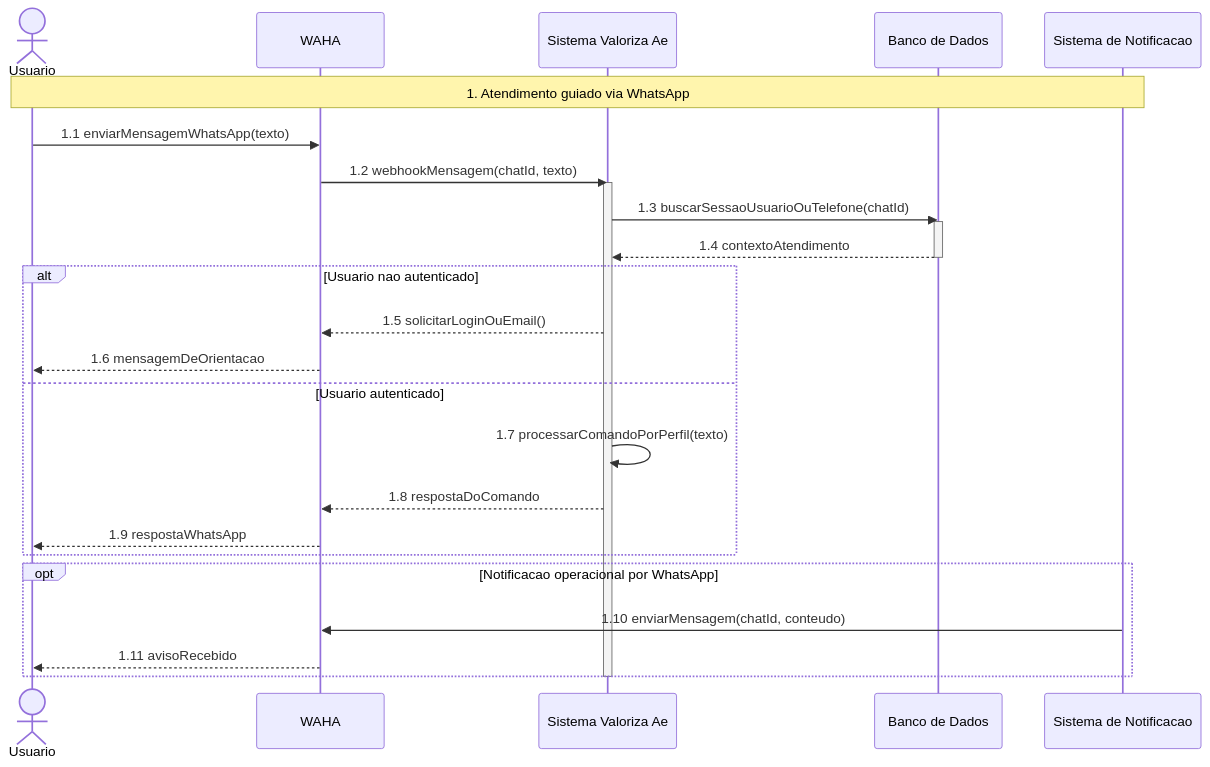
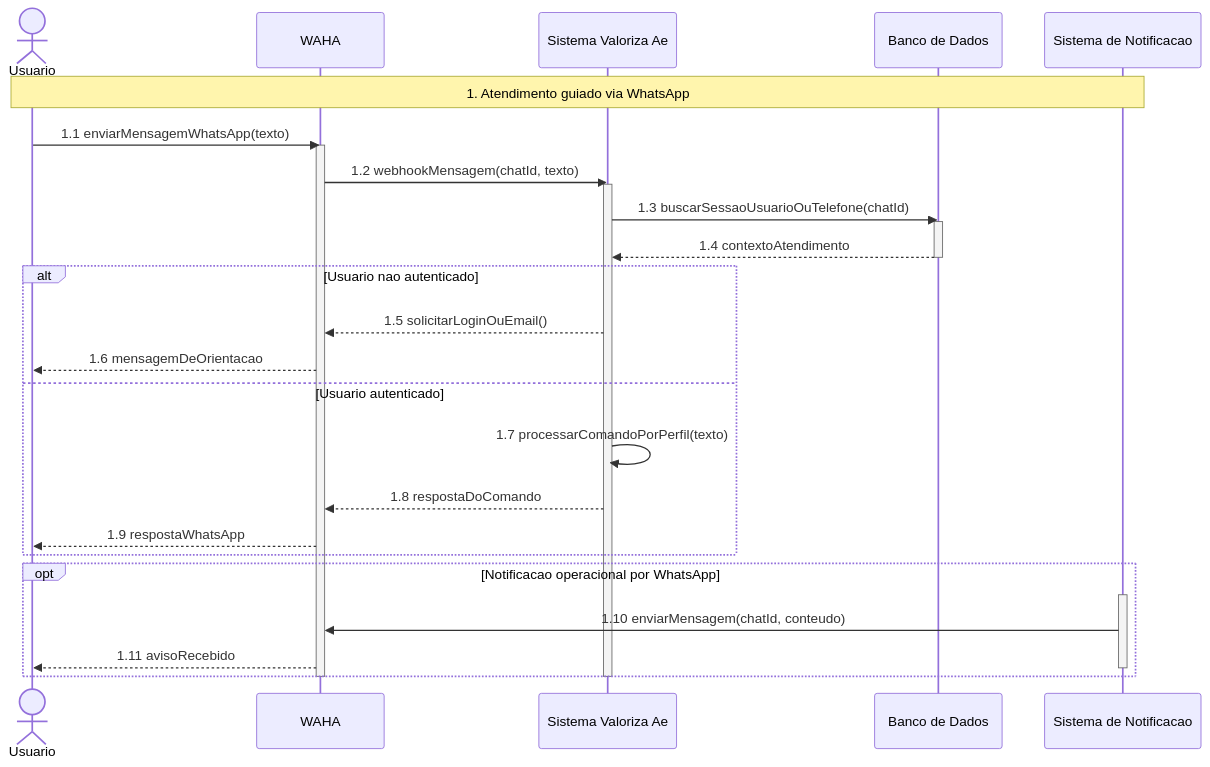
Before and after one commit to Pedroh26ES/Sistema-De-Moedas-Java: the diagram in Artefatos/DiagramaDeSequencia/DiagramaDeSequencia-RF-16-whatsapp-waha.md, drawn with Mermaid. The commit also changed 17 other files, not shown here.

````diff
--- a/Artefatos/DiagramaDeSequencia/DiagramaDeSequencia-RF-16-whatsapp-waha.md
+++ b/Artefatos/DiagramaDeSequencia/DiagramaDeSequencia-RF-16-whatsapp-waha.md
@@ -9,30 +9,34 @@
 ```mermaid
 sequenceDiagram
     actor Usuario
     participant WAHA
     participant Sistema as Sistema Valoriza Ae
     participant DB as Banco de Dados
     participant Notificacao as Sistema de Notificacao
 
     Note over Usuario,Notificacao: 1. Atendimento guiado via WhatsApp
     Usuario->>WAHA: 1.1 enviarMensagemWhatsApp(texto)
+    activate WAHA
     WAHA->>Sistema: 1.2 webhookMensagem(chatId, texto)
     activate Sistema
     Sistema->>DB: 1.3 buscarSessaoUsuarioOuTelefone(chatId)
     activate DB
     DB-->>Sistema: 1.4 contextoAtendimento
     deactivate DB
     alt Usuario nao autenticado
         Sistema-->>WAHA: 1.5 solicitarLoginOuEmail()
         WAHA-->>Usuario: 1.6 mensagemDeOrientacao
     else Usuario autenticado
         Sistema->>Sistema: 1.7 processarComandoPorPerfil(texto)
         Sistema-->>WAHA: 1.8 respostaDoComando
         WAHA-->>Usuario: 1.9 respostaWhatsApp
     end
     opt Notificacao operacional por WhatsApp
+        activate Notificacao
         Notificacao->>WAHA: 1.10 enviarMensagem(chatId, conteudo)
         WAHA-->>Usuario: 1.11 avisoRecebido
+        deactivate Notificacao
     end
     deactivate Sistema
+    deactivate WAHA
 ```
````
